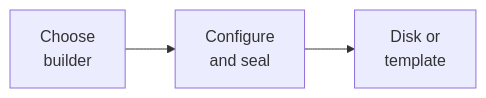
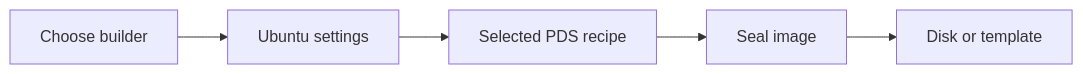
The diagram in packer/ubuntu/readme.md (vhco-pro/builders), drawn with Mermaid before and after one commit. The commit also changed other lines of this file and 5 other files, not shown here.

````diff
--- a/packer/ubuntu/readme.md
+++ b/packer/ubuntu/readme.md
@@ -32,5 +35,7 @@
 ```mermaid
 flowchart LR
-    Build["Choose<br/>builder"] --> Prepare["Configure<br/>and seal"]
-    Prepare --> Output["Disk or<br/>template"]
+    Build["Choose builder"] --> Native["Ubuntu settings"]
+    Native --> Recipe["Selected PDS recipe"]
+    Recipe --> Seal["Seal image"]
+    Seal --> Output["Disk or template"]
 ```
````
